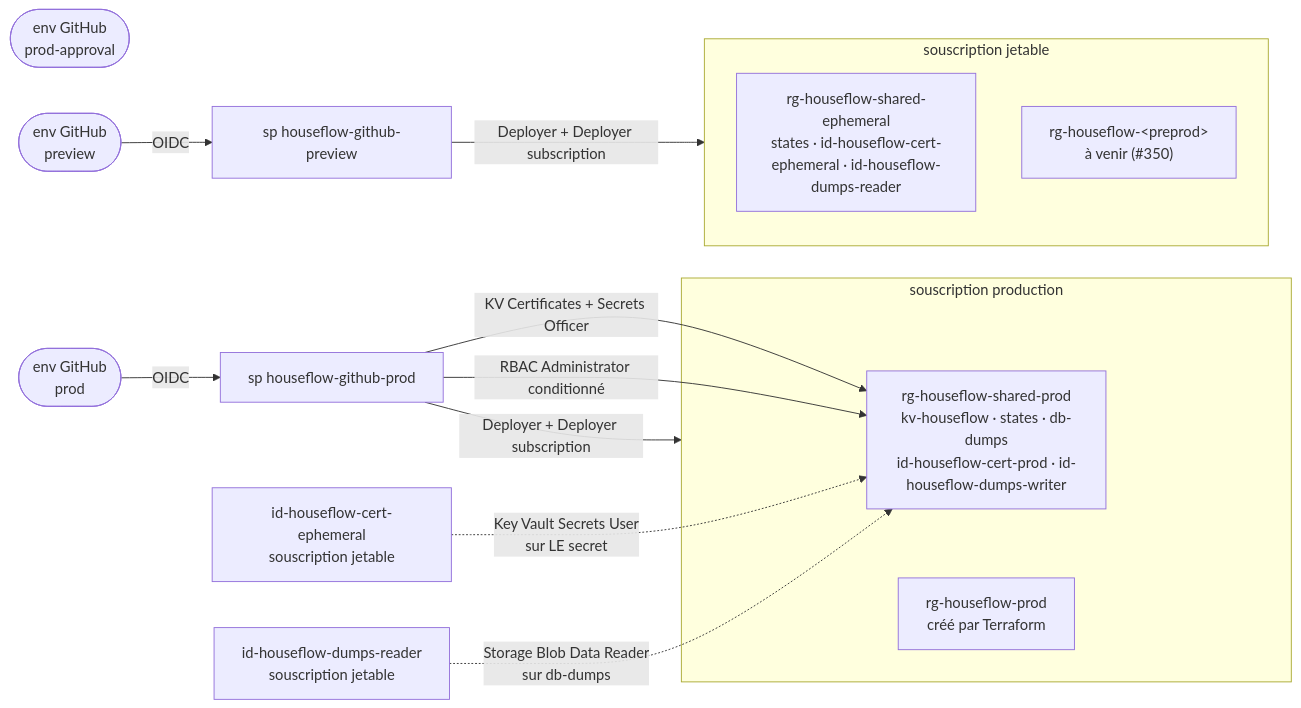
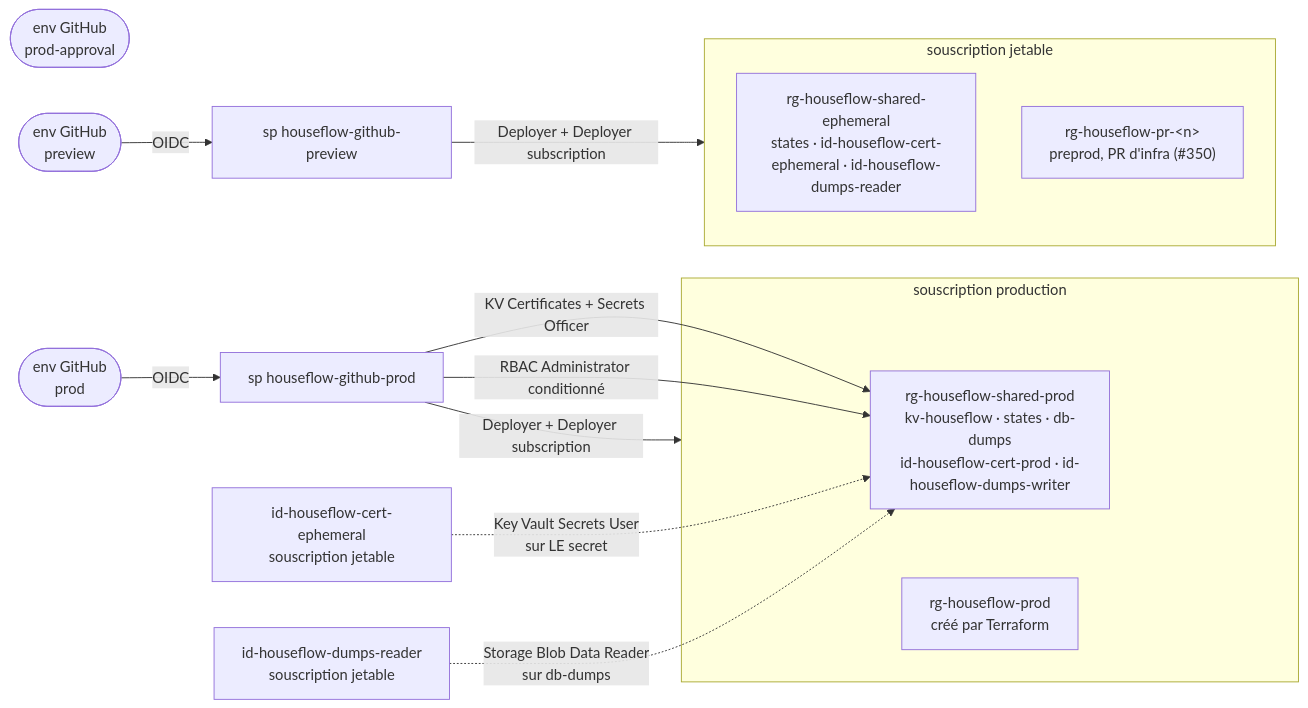
One commit to BarbeRouss/HouseFlow changed the diagram in infrastructure/rbac/README.md. Above: the diagram before and after it, drawn with Mermaid. The commit also changed other lines of this file and 18 other files, not shown here.

Commit message:
feat(infra): preprod Azure pour les PR d'infrastructure — preprod.yml, reaper, destruction, plafond de 2 CAE (#350)

````diff
--- a/infrastructure/rbac/README.md
+++ b/infrastructure/rbac/README.md
@@ -34,26 +34,26 @@
 ```mermaid
 graph LR
   EA(["env GitHub<br/>prod-approval"])
 
   EO(["env GitHub<br/>prod"]) -->|OIDC| SPO["sp houseflow-github-prod"]
   EV(["env GitHub<br/>preview"]) -->|OIDC| SPV["sp houseflow-github-preview"]
 
   subgraph SUBP ["souscription production"]
     RGS["rg-houseflow-shared-prod<br/>kv-houseflow · states · db-dumps<br/>id-houseflow-cert-prod · id-houseflow-dumps-writer"]
     RGO["rg-houseflow-prod<br/>créé par Terraform"]
   end
 
   subgraph SUBE ["souscription jetable"]
     RGSE["rg-houseflow-shared-ephemeral<br/>states · id-houseflow-cert-ephemeral · id-houseflow-dumps-reader"]
-    RGX["rg-houseflow-&lt;preprod&gt;<br/>à venir (#350)"]
+    RGX["rg-houseflow-pr-&lt;n&gt;<br/>preprod, PR d'infra (#350)"]
   end
 
   SPO -->|Deployer + Deployer subscription| SUBP
   SPO -->|KV Certificates + Secrets Officer| RGS
   SPO -->|RBAC Administrator conditionné| RGS
 
   SPV -->|Deployer + Deployer subscription| SUBE
 
   IDC["id-houseflow-cert-ephemeral<br/>souscription jetable"] -.->|Key Vault Secrets User<br/>sur LE secret| RGS
   IDD["id-houseflow-dumps-reader<br/>souscription jetable"] -.->|Storage Blob Data Reader<br/>sur db-dumps| RGS
 ```
````
